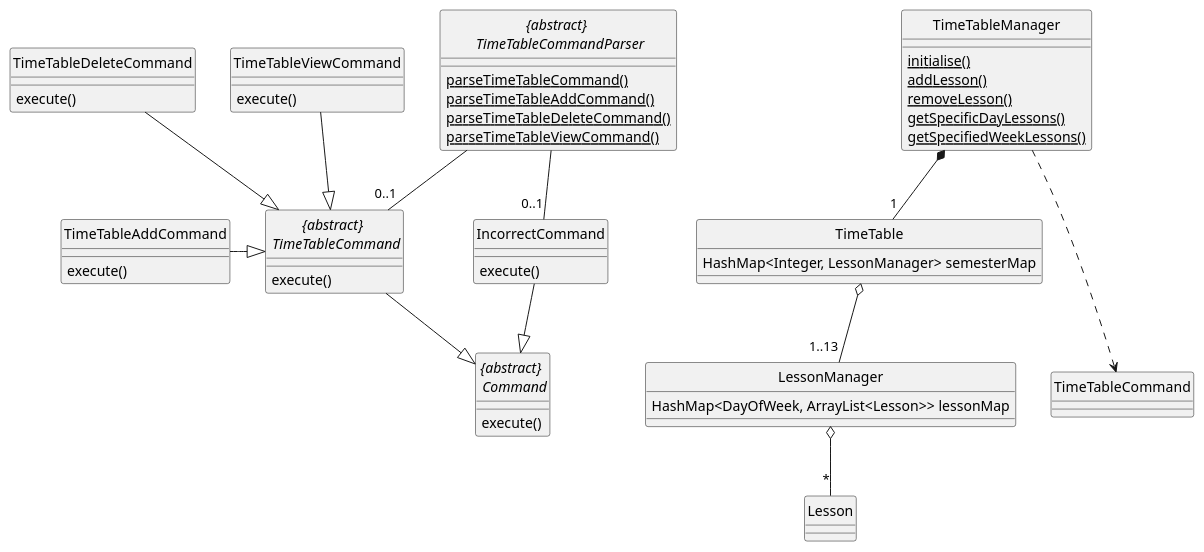
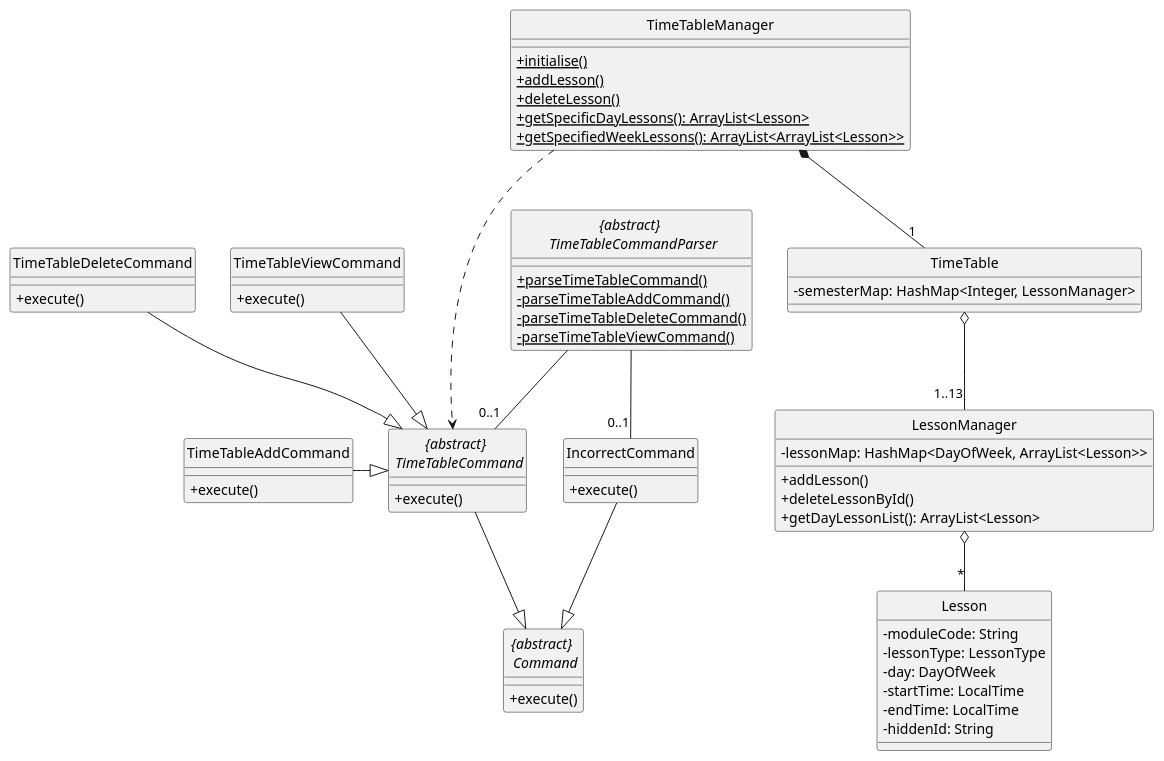
One commit to wangqinNick/tp changed the diagram in docs/diagrams/UML/TimeTableClassDiagram.puml. Above: the diagram before and after it, drawn with PlantUML.

Commit message:
Include visibility and return type of TimeTableClassDiagram

```diff
--- a/docs/diagrams/UML/TimeTableClassDiagram.puml
+++ b/docs/diagrams/UML/TimeTableClassDiagram.puml
@@ -1,74 +1,83 @@
 @startuml
 
 hide circle
 skinparam classAttributeIconSize 0
 
 class TimeTableAddCommand
 class TimeTableDeleteCommand
 class TimeTableViewCommand
-class Lesson
+class Lesson {
+    - moduleCode: String
+    - lessonType: LessonType
+    - day: DayOfWeek
+    - startTime: LocalTime
+    - endTime: LocalTime
+    - hiddenId: String
+}
 
 abstract class "{abstract} \n TimeTableCommandParser" {
-    {static} parseTimeTableCommand()
-    {static} parseTimeTableAddCommand()
-    {static} parseTimeTableDeleteCommand()
-    {static} parseTimeTableViewCommand()
+    + {static} parseTimeTableCommand()
+    - {static} parseTimeTableAddCommand()
+    - {static} parseTimeTableDeleteCommand()
+    - {static} parseTimeTableViewCommand()
 }
 
 abstract class "{abstract} \n TimeTableCommand" {
-    execute()
+    + execute()
 }
 
 abstract class "{abstract} \n Command" {
-    execute()
+    + execute()
 }
 
 class TimeTable {
-    HashMap<Integer, LessonManager> semesterMap
+    - semesterMap: HashMap<Integer, LessonManager>
 }
 
 class TimeTableAddCommand {
-    execute()
+    + execute()
 }
 
 class TimeTableViewCommand {
-    execute()
+    + execute()
 }
 
 class TimeTableDeleteCommand {
-    execute()
+    + execute()
 }
 
 class IncorrectCommand {
-    execute()
+    + execute()
 }
 
 class LessonManager {
-    HashMap<DayOfWeek, ArrayList<Lesson>> lessonMap
+    - lessonMap: HashMap<DayOfWeek, ArrayList<Lesson>>
+    + addLesson()
+    + deleteLessonById()
+    + getDayLessonList(): ArrayList<Lesson>
 }
 
 class TimeTableManager {
-    {static} initialise()
-    {static} addLesson()
-    {static} removeLesson()
-    {static} getSpecificDayLessons()
-    {static} getSpecifiedWeekLessons()
+    + {static} initialise()
+    + {static} addLesson()
+    + {static} deleteLesson()
+    + {static} getSpecificDayLessons(): ArrayList<Lesson>
+    + {static} getSpecifiedWeekLessons(): ArrayList<ArrayList<Lesson>>
 }
 
 "{abstract} \n TimeTableCommand" --|> "{abstract} \n Command"
 IncorrectCommand --|> "{abstract} \n Command"
 
 "{abstract} \n TimeTableCommandParser" -- "0..1" "{abstract} \n TimeTableCommand"
 "{abstract} \n TimeTableCommandParser" -- "0..1" IncorrectCommand
 
 TimeTableAddCommand -|> "{abstract} \n TimeTableCommand"
 TimeTableDeleteCommand --|> "{abstract} \n TimeTableCommand"
 TimeTableViewCommand --|> "{abstract} \n TimeTableCommand"
 TimeTableManager *-- "1" TimeTable
 TimeTable o-- "1..13" LessonManager
 LessonManager o-- "*" Lesson
 
-TimeTableManager ...> TimeTableCommand
-
+TimeTableManager ...> "{abstract} \n TimeTableCommand"
 
 @enduml
```
